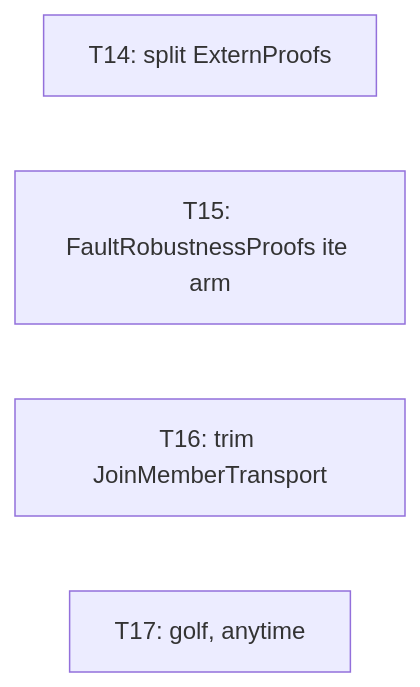
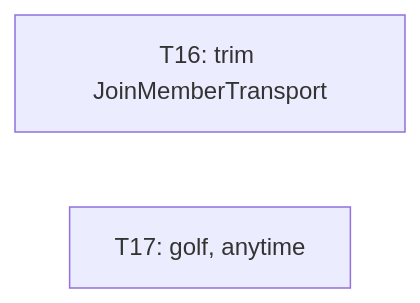
One commit to vzaliva/poison-lang changed the diagram in doc/refactor.md. Above: the diagram before and after it, drawn with Mermaid. The commit also changed other lines of this file and 2 other files, not shown here.

First line of the commit message:
refactor(#136): T15 — relocate inlined ite arm to StepFRIte; bundle FR contracts into structures

````diff
--- a/doc/refactor.md
+++ b/doc/refactor.md
@@ -86,7 +82,5 @@
 ```mermaid
 graph LR
-  T14[T14: split ExternProofs]
-  T15[T15: FaultRobustnessProofs ite arm]
   T16[T16: trim JoinMemberTransport]
   T17[T17: golf, anytime]
 ```
````
